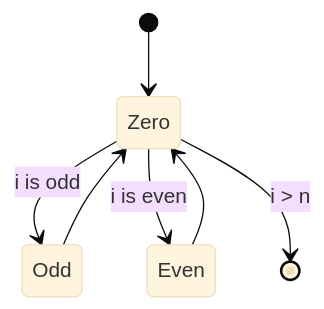
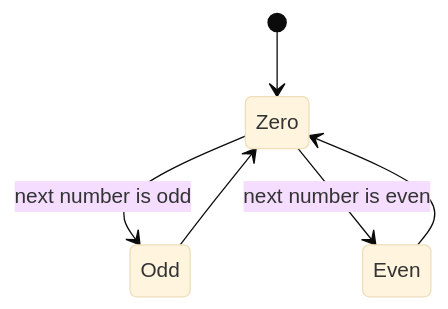
Before and after one commit to mthaiseer/springcloud-systemdesign-notes: the third of 29 diagrams in HLD_NOTES/003_TECHNOLOGY_DEEP_DIVE/core-java/java_concurrency_visual_reference.md, drawn with Mermaid (base theme). The commit also changed other lines of this file, not shown here.

````diff
--- a/HLD_NOTES/003_TECHNOLOGY_DEEP_DIVE/core-java/java_concurrency_visual_reference.md
+++ b/HLD_NOTES/003_TECHNOLOGY_DEEP_DIVE/core-java/java_concurrency_visual_reference.md
@@ -138,9 +140,8 @@
 ```mermaid
 stateDiagram-v2
     [*] --> Zero
-    Zero --> Odd: i is odd
-    Zero --> Even: i is even
+    Zero --> Odd: next number is odd
     Odd --> Zero
+    Zero --> Even: next number is even
     Even --> Zero
-    Zero --> [*]: i > n
 ```
````
